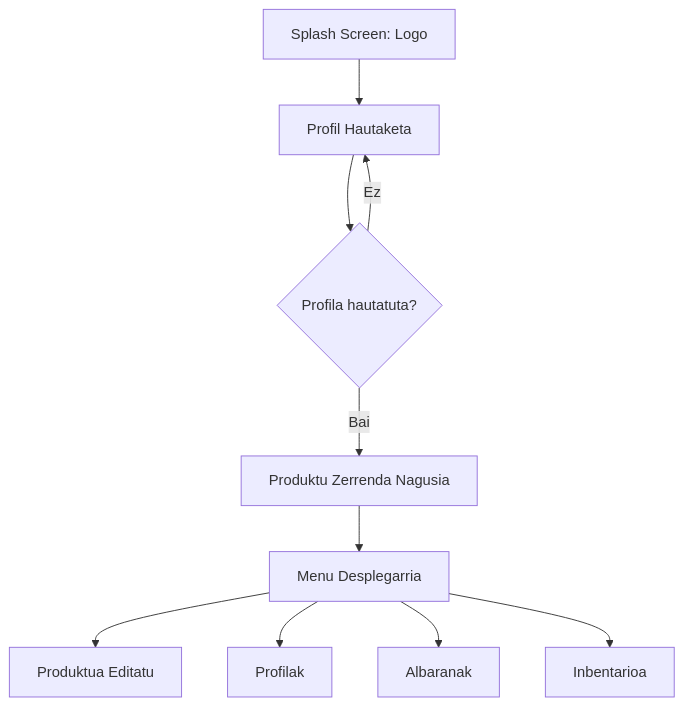
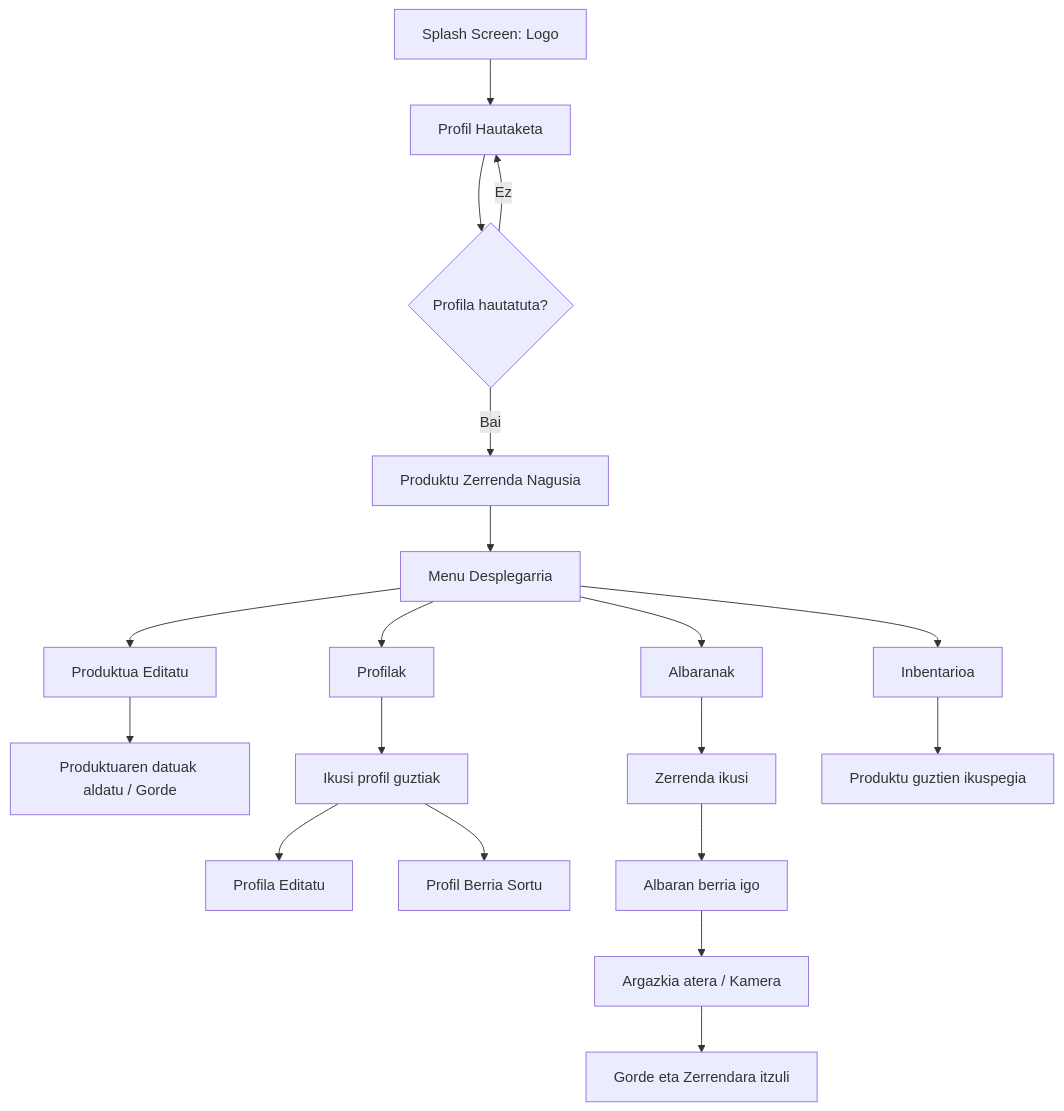
Before and after one commit to 24Asier/InbentarioAplikazioa: the diagram in README.md, drawn with Mermaid. The commit also changed other lines of this file, not shown here.

````diff
--- a/README.md
+++ b/README.md
@@ -13,12 +13,26 @@
 ```mermaid
 graph TD
     A[Splash Screen: Logo] --> B[Profil Hautaketa]
     B --> C{Profila hautatuta?}
     C -- Bai --> D[Produktu Zerrenda Nagusia]
     C -- Ez --> B
+
     D --> E[Menu Desplegarria]
+
     E --> F[Produktua Editatu]
+    F --> F1[Produktuaren datuak aldatu / Gorde]
+
     E --> G[Profilak]
+    G --> G1[Ikusi profil guztiak]
+    G1 --> G2[Profila Editatu]
+    G1 --> G3[Profil Berria Sortu]
+
     E --> H[Albaranak]
+    H --> H1[Zerrenda ikusi]
+    H1 --> H2[Albaran berria igo]
+    H2 --> H3[Argazkia atera / Kamera]
+    H3 --> H4[Gorde eta Zerrendara itzuli]
+
     E --> I[Inbentarioa]
+    I --> I1[Produktu guztien ikuspegia]
 ```
````
